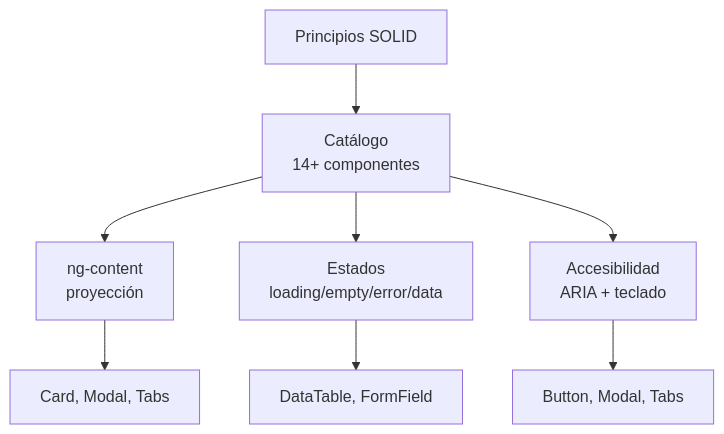
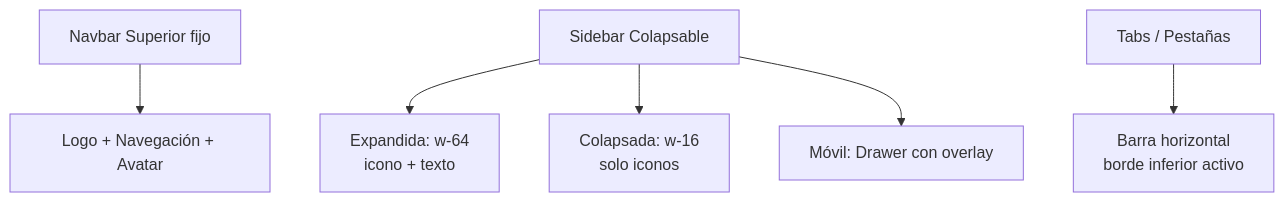
One commit to Jose-Quesada/presentacion-desarrollo-interfaces-26-27 changed the second of 2 diagrams in unidad-07.md. Above: the diagram before and after it, drawn with Mermaid. The commit also changed other lines of this file and 52 other files, not shown here.

````diff
--- a/unidad-07.md
+++ b/unidad-07.md
@@ -749,10 +284,8 @@
-```mermaid
+<div class="mermaid">
 graph TD
-    A[Principios SOLID] --> B[Catálogo<br/>14+ componentes]
-    B --> C[ng-content<br/>proyección]
-    B --> D[Estados<br/>loading/empty/error/data]
-    B --> E[Accesibilidad<br/>ARIA + teclado]
-    C --> F[Card, Modal, Tabs]
-    D --> G[DataTable, FormField]
-    E --> H[Button, Modal, Tabs]
-```
+    A[Navbar Superior fijo] --> B[Logo + Navegación + Avatar]
+    C[Sidebar Colapsable] --> D[Expandida: w-64<br/>icono + texto]
+    C --> E[Colapsada: w-16<br/>solo iconos]
+    C --> F[Móvil: Drawer con overlay]
+    G[Tabs / Pestañas] --> H[Barra horizontal<br/>borde inferior activo]
+</div>
````
